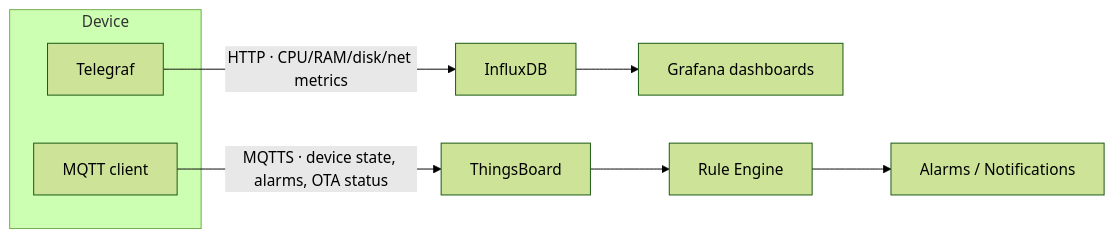
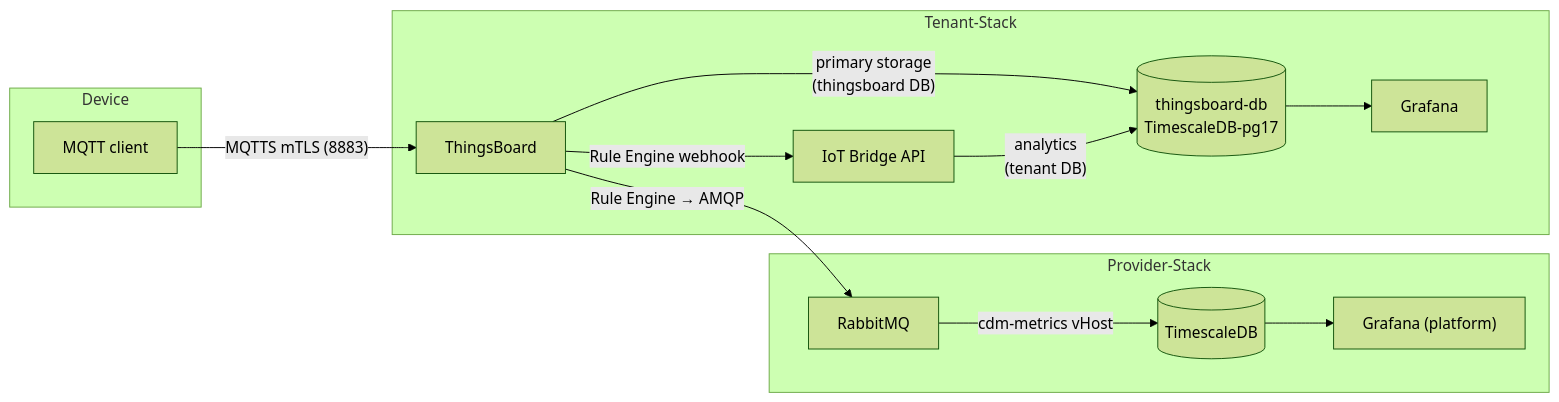
The first of 5 diagrams in docs/architecture/data-flow.md (the78mole/complete-device-management), drawn with Mermaid (forest theme) before and after one commit. The commit also changed other lines of this file and 237 other files, not shown here.

Commit message:
feat: CDM platform – full stack overhaul

````diff
--- a/docs/architecture/data-flow.md
+++ b/docs/architecture/data-flow.md
@@ -9,12 +10,28 @@
 ```mermaid
 graph LR
     subgraph device[Device]
-        TEL[Telegraf]
         MQC[MQTT client]
     end
-    TEL -->|"HTTP · CPU/RAM/disk/net metrics"| IDB[InfluxDB]
-    IDB --> GRF[Grafana dashboards]
-    MQC -->|"MQTTS · device state, alarms, OTA status"| TB[ThingsBoard]
-    TB --> RE[Rule Engine]
-    RE --> ALM["Alarms / Notifications"]
+
+    subgraph tenant[Tenant-Stack]
+        TB[ThingsBoard]
+        TB_DB[(thingsboard-db\nTimescaleDB-pg17)]
+        IBA[IoT Bridge API]
+        GRF_T[Grafana]
+        TB -->|"primary storage\n(thingsboard DB)"| TB_DB
+        TB -->|"Rule Engine webhook"| IBA
+        IBA -->|"analytics\n(tenant DB)"| TB_DB
+        TB_DB --> GRF_T
+    end
+
+    subgraph provider[Provider-Stack]
+        RMQ[RabbitMQ]
+        IDB_P[(TimescaleDB)]
+        GRF_P["Grafana (platform)"]
+        IDB_P --> GRF_P
+    end
+
+    MQC -->|"MQTTS mTLS (8883)"| TB
+    TB -->|"Rule Engine → AMQP"| RMQ
+    RMQ -->|cdm-metrics vHost| IDB_P
 ```
````
